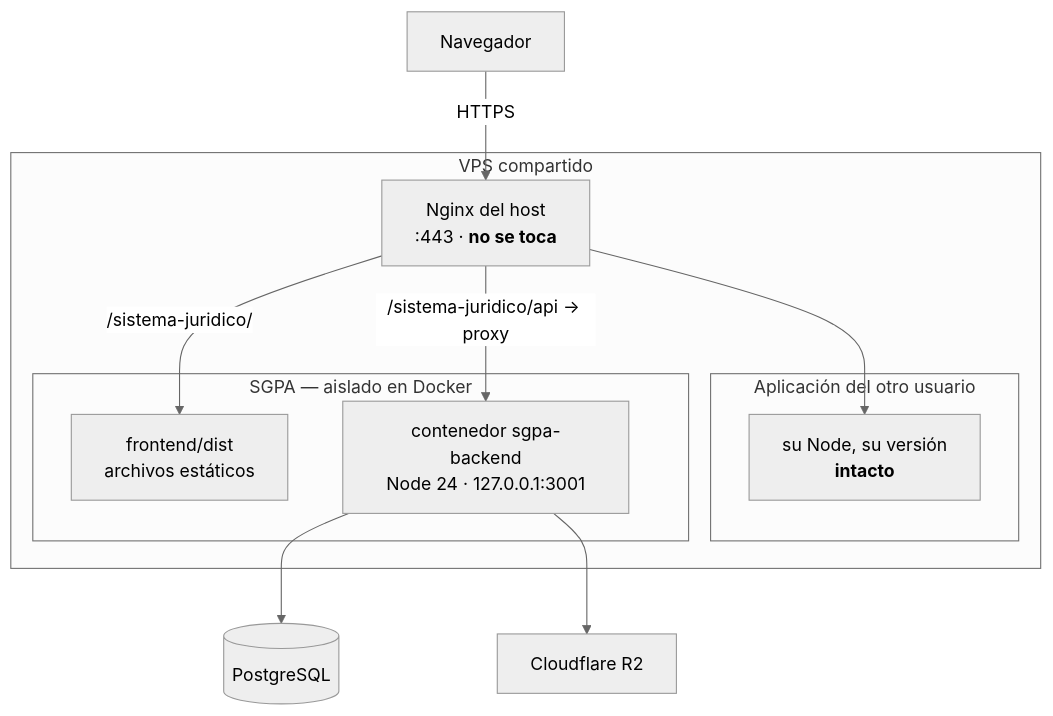
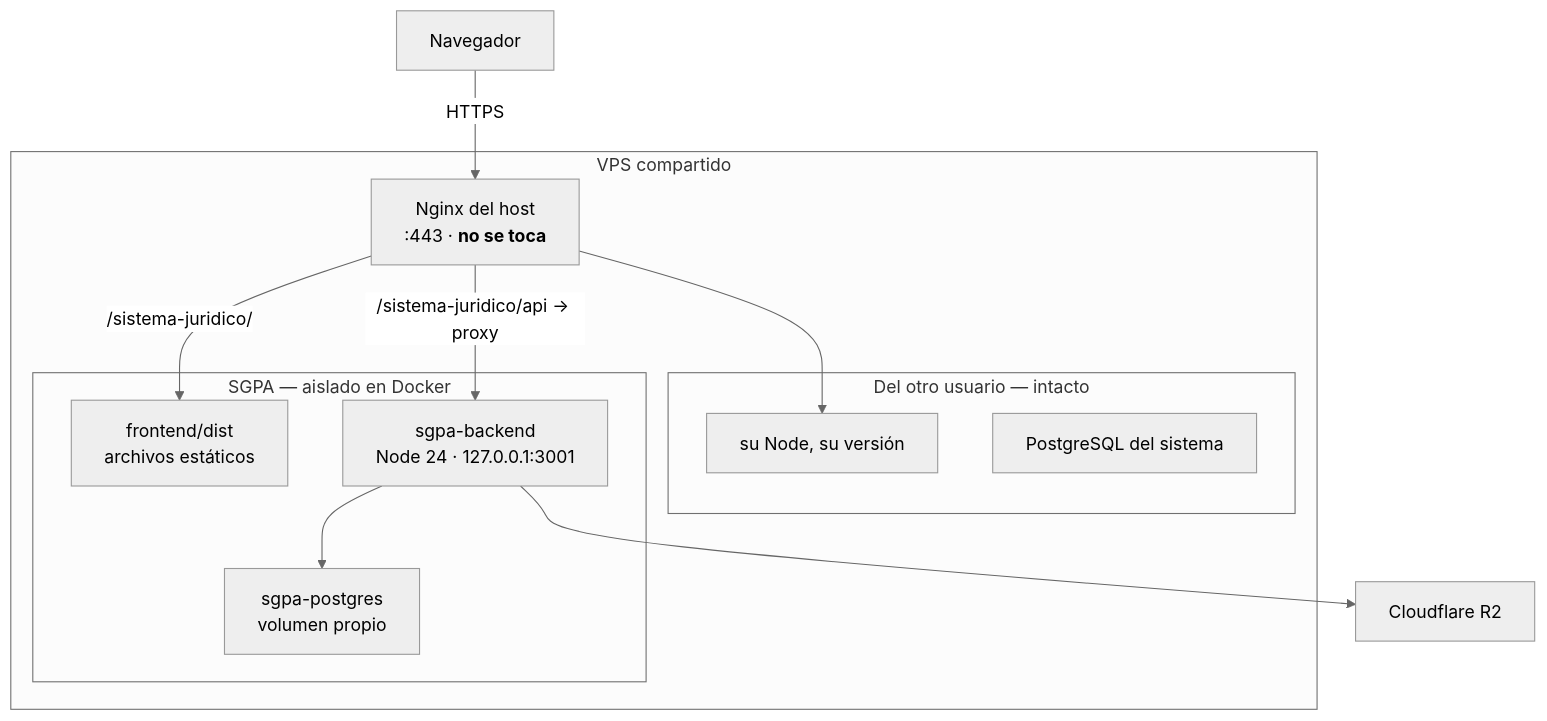
The diagram in docs/12-DESPLIEGUE-VPS-COMPARTIDO.md (Aryannext/sistema-juridico), drawn with Mermaid (neutral theme) before and after one commit. The commit also changed other lines of this file and 7 other files, not shown here.

````diff
--- a/docs/12-DESPLIEGUE-VPS-COMPARTIDO.md
+++ b/docs/12-DESPLIEGUE-VPS-COMPARTIDO.md
@@ -20,25 +22,26 @@
 ```mermaid
 graph TB
     subgraph VPS["VPS compartido"]
         NG["Nginx del host<br/>:443 · <b>no se toca</b>"]
 
-        subgraph OTRO["Aplicación del otro usuario"]
-            O1["su Node, su versión<br/><b>intacto</b>"]
+        subgraph OTRO["Del otro usuario — intacto"]
+            O1["su Node, su versión"]
+            O2["PostgreSQL del sistema"]
         end
 
         subgraph SGPA["SGPA — aislado en Docker"]
             EST["frontend/dist<br/>archivos estáticos"]
-            CT["contenedor sgpa-backend<br/>Node 24 · 127.0.0.1:3001"]
+            CT["sgpa-backend<br/>Node 24 · 127.0.0.1:3001"]
+            PG["sgpa-postgres<br/>volumen propio"]
         end
     end
 
-    DB[("PostgreSQL")]
     R2["Cloudflare R2"]
 
     U["Navegador"] -->|HTTPS| NG
     NG -->|"/sistema-juridico/"| EST
     NG -->|"/sistema-juridico/api → proxy"| CT
     NG --> O1
-    CT --> DB
+    CT --> PG
     CT --> R2
 ```
````
